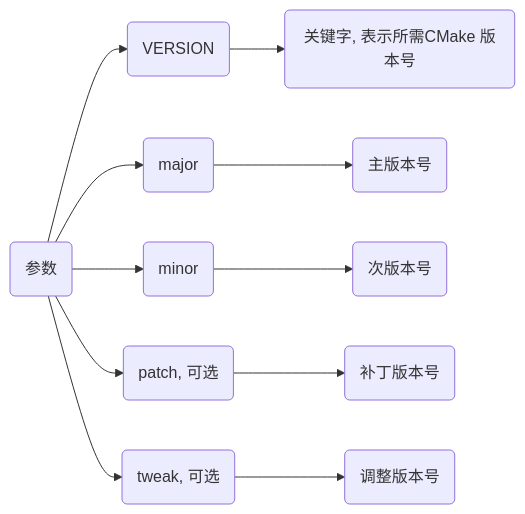
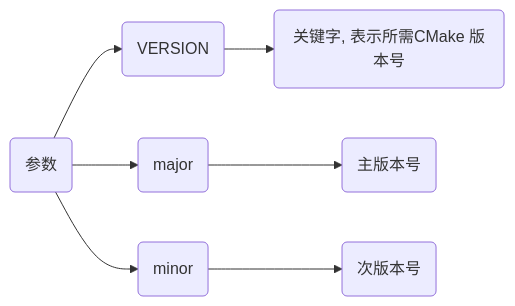
One commit to dmjcb/dmjcb.github.io changed the first of 7 diagrams in _posts/software/build_tool/cmake/2024-11-09-语法.md. Above: the diagram before and after it, drawn with Mermaid. The commit also changed other lines of this file and 33 other files, not shown here.

````diff
--- a/_posts/software/build_tool/cmake/2024-11-09-语法.md
+++ b/_posts/software/build_tool/cmake/2024-11-09-语法.md
@@ -19,9 +17,7 @@
 ```mermaid
 graph LR
     P(参数)
     P-->A(VERSION)-->A1(关键字, 表示所需CMake 版本号)
     P-->B(major)-->B1(主版本号)
     P-->C(minor)-->C1(次版本号)
-    P-->D(patch, 可选)-->D1(补丁版本号)
-    P-->E(tweak, 可选)-->E1(调整版本号)
 ```
````
